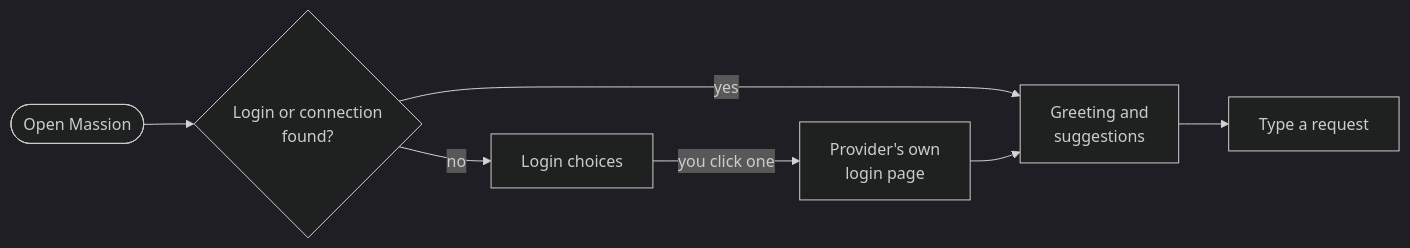
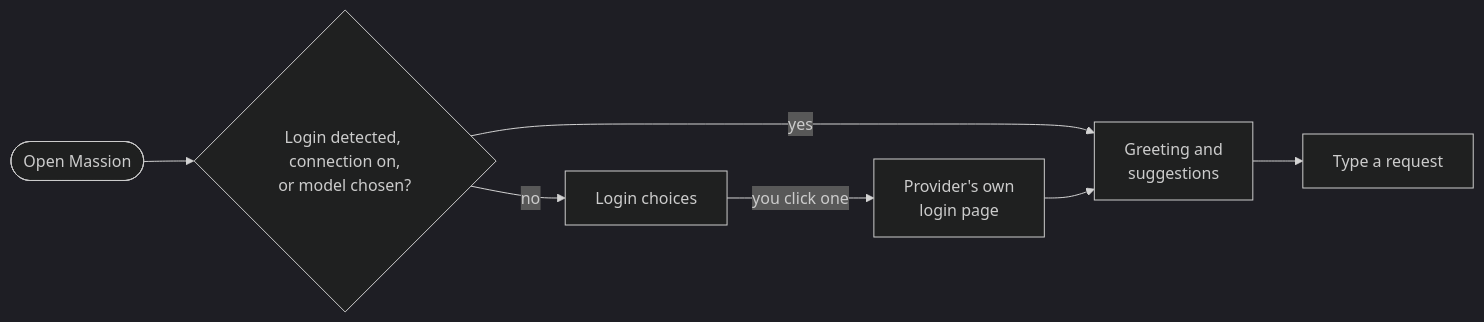
Before and after one commit to jabdori/massion: the diagram in docs/guide/first-run.md, drawn with Mermaid (dark theme). The commit also changed other lines of this file, not shown here.

First line of the commit message:
docs(guide): state when a model is chosen on first run as the code decides it

````diff
--- a/docs/guide/first-run.md
+++ b/docs/guide/first-run.md
@@ -5,9 +5,9 @@
 ```mermaid
 flowchart LR
-  start([Open Massion]) --> found{Login or connection<br/>found?}
+  start([Open Massion]) --> found{Login detected, connection on,<br/>or model chosen?}
   found -->|no| choose[Login choices]
   choose -->|you click one| provider[Provider's own<br/>login page]
   found -->|yes| greet[Greeting and<br/>suggestions]
   provider --> greet
   greet --> talk[Type a request]
 ```
````
